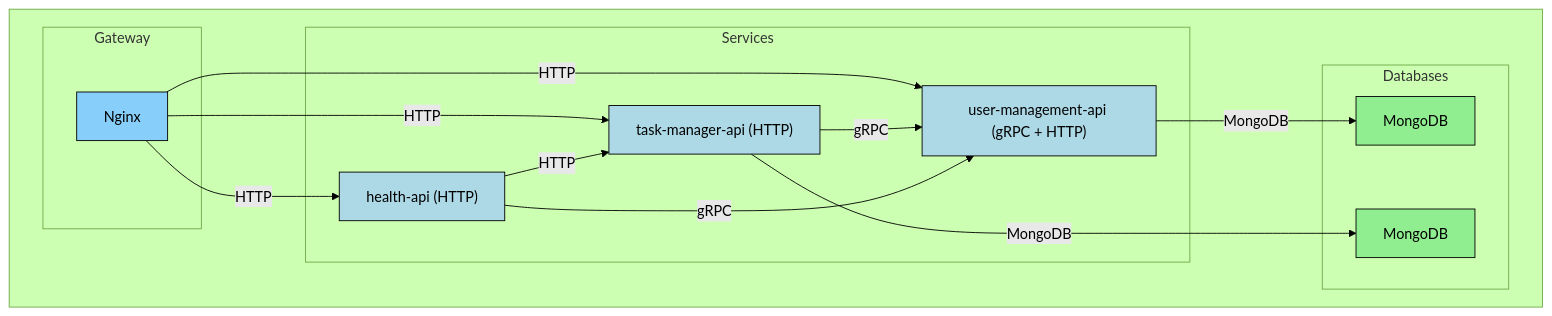
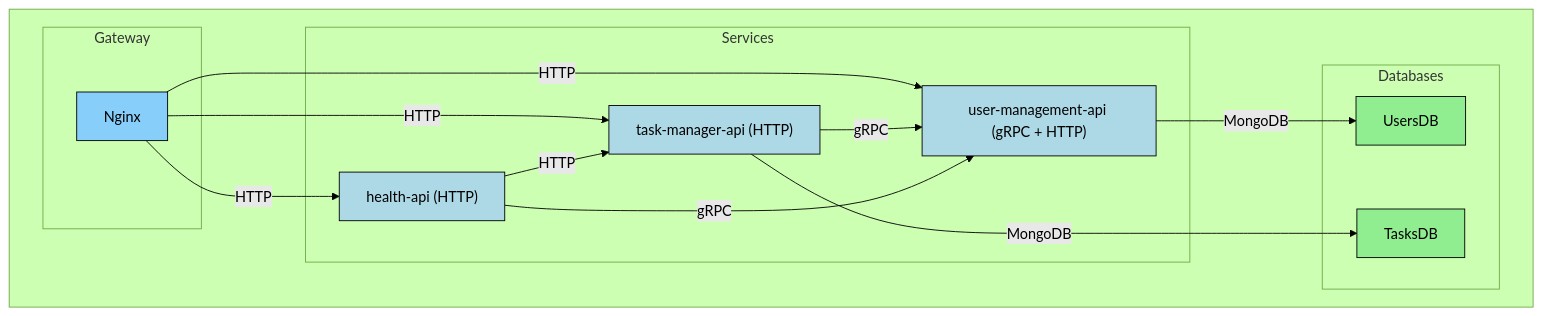
The diagram in README.md (sergicanet9/go-microservices-demo), drawn with Mermaid (forest theme) before and after one commit.

Commit message:
adjustments in diagram

````diff
--- a/README.md
+++ b/README.md
@@ -22,40 +22,40 @@
 ```mermaid
 graph TD
     subgraph  
         subgraph "Gateway"
             NG[Nginx]
         end
 
         subgraph "Services"
             UM["user-management-api (gRPC + HTTP)"]
             TM["task-manager-api (HTTP)"]
             HA["health-api (HTTP)"]
         end
 
         subgraph "Databases"
-            MDB-UM[MongoDB]
-            MDB-TM[MongoDB]
+            MDB-UM[UsersDB]
+            MDB-TM[TasksDB]
         end
     end
 
     %% HTTP traffic through Nginx
     NG -->|HTTP| UM
     NG -->|HTTP| TM
     NG -->|HTTP| HA
 
     %% Internal communications
     TM -->|gRPC| UM
     HA -->|gRPC| UM
     HA -->|HTTP| TM
 
     %% Database connections
     UM -->|MongoDB| MDB-UM
     TM -->|MongoDB| MDB-TM
     %% Styles
     style NG fill:#87CEFA,stroke:#000,stroke-width:1px
     style UM fill:#ADD8E6,stroke:#000,stroke-width:1px
     style TM fill:#ADD8E6,stroke:#000,stroke-width:1px
     style HA fill:#ADD8E6,stroke:#000,stroke-width:1px
     style MDB-UM fill:#90EE90,stroke:#000,stroke-width:1px
     style MDB-TM fill:#90EE90,stroke:#000,stroke-width:1px
 ```
````
